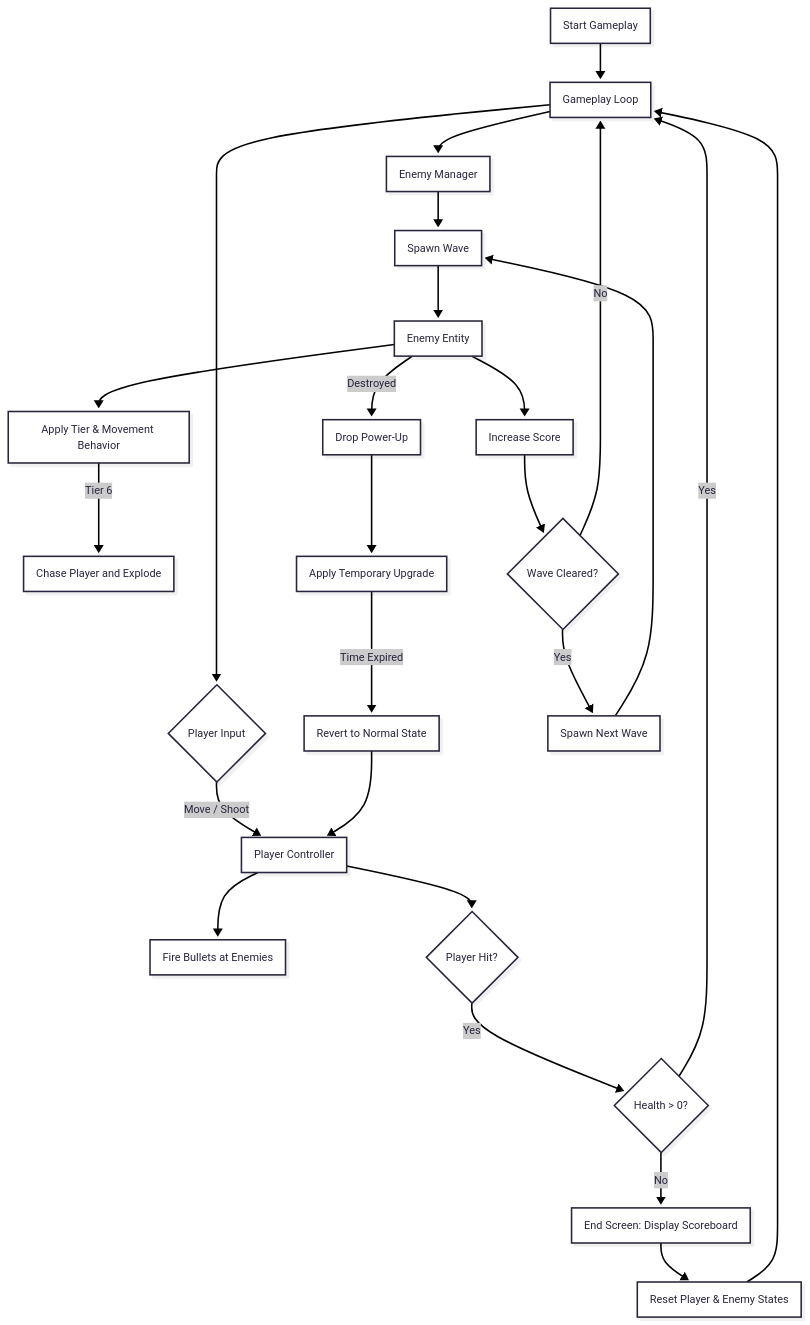
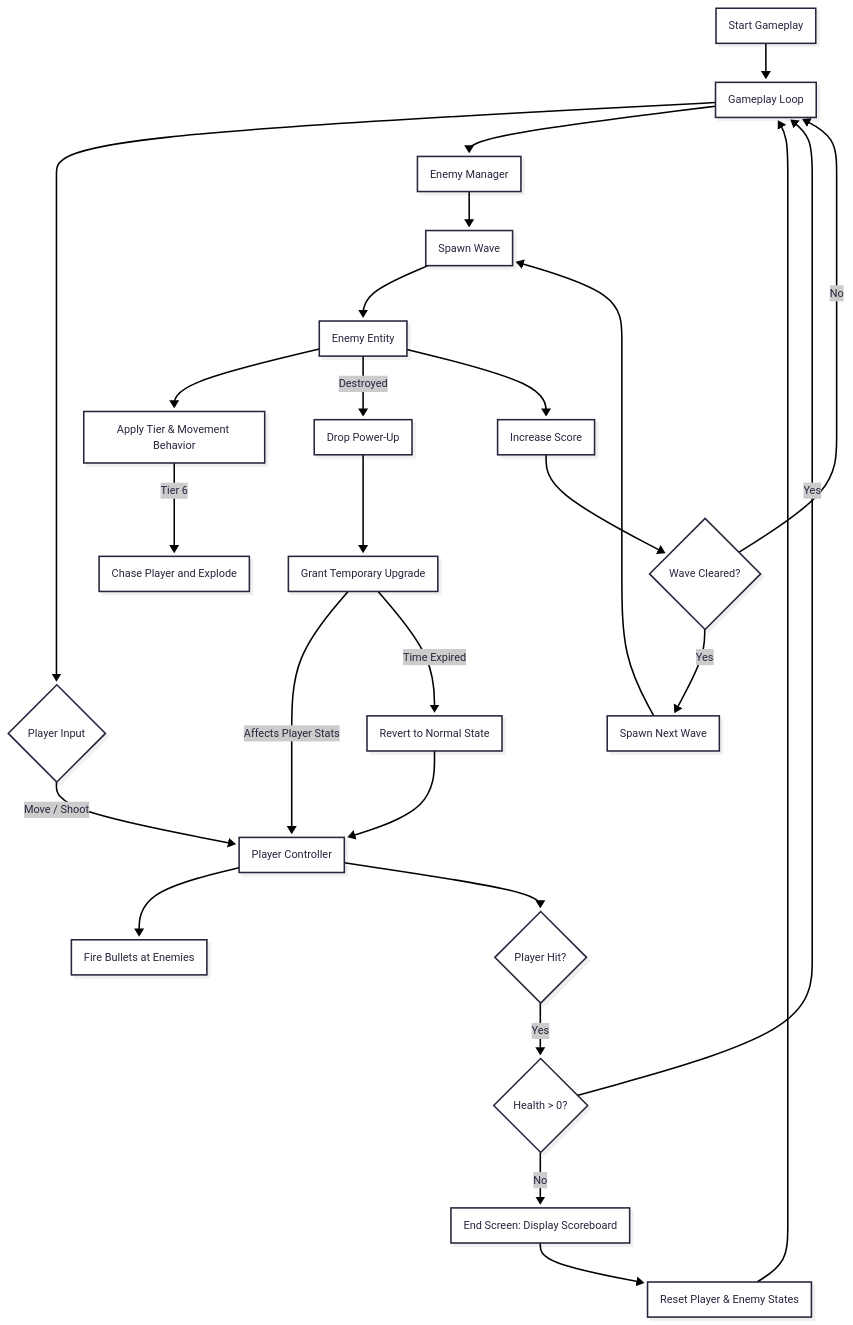
The third of 4 diagrams in README.md (Justsomeguy241/Game-ProgrammingClass), drawn with Mermaid before and after one commit.

````diff
--- a/README.md
+++ b/README.md
@@ -193,46 +193,47 @@
 ```mermaid
 ---
 config:
   theme: redux
   look: neo
 ---
 flowchart TD
   start["Start Gameplay"]
 
   %% === GAMEPLAY CORE ===
   start --> loop["Gameplay Loop"]
   loop --> input{"Player Input"}
   input -->|"Move / Shoot"| player["Player Controller"]
   player --> shoot["Fire Bullets at Enemies"]
 
   %% === ENEMY SYSTEM ===
   loop --> EM["Enemy Manager"]
   EM --> spawn["Spawn Wave"]
   spawn --> enemy["Enemy Entity"]
   enemy --> behavior["Apply Tier & Movement Behavior"]
   behavior -->|"Tier 6"| chase["Chase Player and Explode"]
   enemy -->|"Destroyed"| drop["Drop Power-Up"]
-  drop --> upgrade["Apply Temporary Upgrade"]
 
   %% === POWER-UP SYSTEM ===
+  drop --> upgrade["Grant Temporary Upgrade"]
+  upgrade -->|"Affects Player Stats"| player
   upgrade -->|"Time Expired"| revert["Revert to Normal State"]
   revert --> player
 
   %% === SCORE AND WAVE LOGIC ===
   enemy --> score["Increase Score"]
   score --> waves{"Wave Cleared?"}
   waves -->|"Yes"| nextWave["Spawn Next Wave"]
   waves -->|"No"| loop
   nextWave --> spawn
 
   %% === HEALTH / GAME OVER ===
   player --> hit{"Player Hit?"}
   hit -->|"Yes"| hpCheck{"Health > 0?"}
   hpCheck -->|"No"| endScr["End Screen: Display Scoreboard"]
   hpCheck -->|"Yes"| loop
 
   %% === LOOP BACK AFTER DEATH ===
   endScr --> reset["Reset Player & Enemy States"]
   reset --> loop
 
 ```
````
